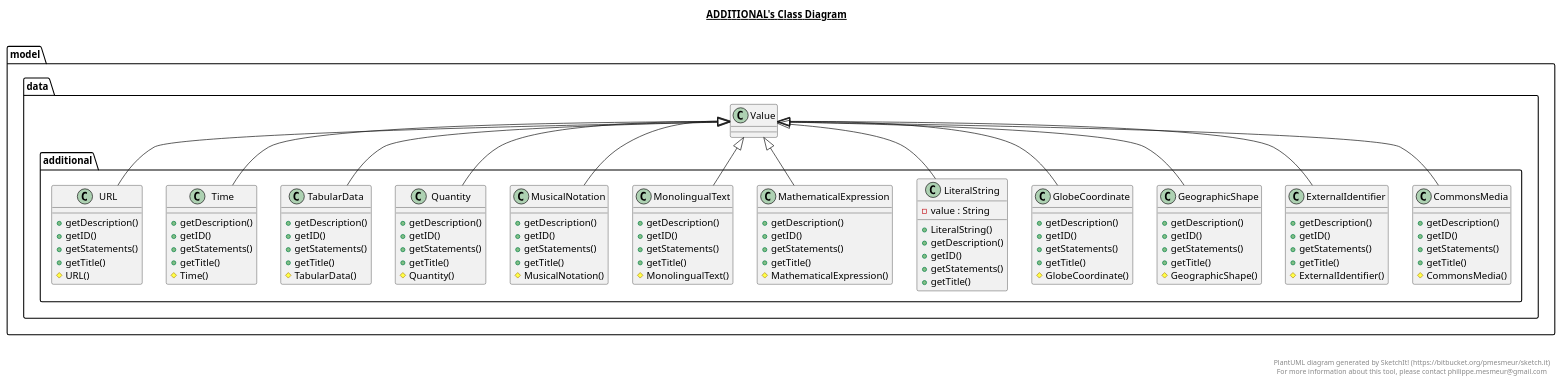
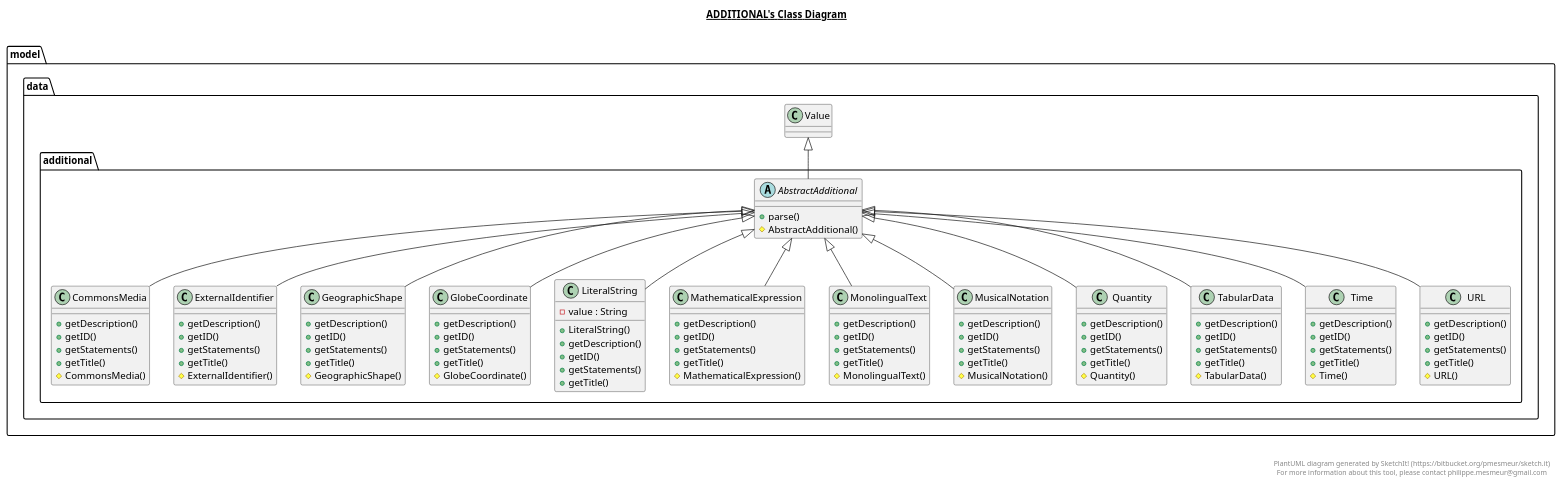
The diagram in src/main/model/data/additional/additional.plantuml (Bryce-MW/WikidataExplorer), drawn with PlantUML before and after one commit. The commit also changed 6 other files, not shown here.

Commit message:
Updated UML diagrams. There are a lot of circular dependencies!

```diff
--- a/src/main/model/data/additional/additional.plantuml
+++ b/src/main/model/data/additional/additional.plantuml
@@ -1,183 +1,194 @@
 @startuml
 
 title __ADDITIONAL's Class Diagram__\n
+
+  namespace model.data {
+    namespace additional {
+      abstract class model.data.additional.AbstractAdditional {
+          + parse()
+          # AbstractAdditional()
+      }
+    }
+  }
+  
 
   namespace model.data {
     namespace additional {
       class model.data.additional.CommonsMedia {
           + getDescription()
           + getID()
           + getStatements()
           + getTitle()
           # CommonsMedia()
       }
     }
   }
   
 
   namespace model.data {
     namespace additional {
       class model.data.additional.ExternalIdentifier {
           + getDescription()
           + getID()
           + getStatements()
           + getTitle()
           # ExternalIdentifier()
       }
     }
   }
   
 
   namespace model.data {
     namespace additional {
       class model.data.additional.GeographicShape {
           + getDescription()
           + getID()
           + getStatements()
           + getTitle()
           # GeographicShape()
       }
     }
   }
   
 
   namespace model.data {
     namespace additional {
       class model.data.additional.GlobeCoordinate {
           + getDescription()
           + getID()
           + getStatements()
           + getTitle()
           # GlobeCoordinate()
       }
     }
   }
   
 
   namespace model.data {
     namespace additional {
       class model.data.additional.LiteralString {
           - value : String
           + LiteralString()
           + getDescription()
           + getID()
           + getStatements()
           + getTitle()
       }
     }
   }
   
 
   namespace model.data {
     namespace additional {
       class model.data.additional.MathematicalExpression {
           + getDescription()
           + getID()
           + getStatements()
           + getTitle()
           # MathematicalExpression()
       }
     }
   }
   
 
   namespace model.data {
     namespace additional {
       class model.data.additional.MonolingualText {
           + getDescription()
           + getID()
           + getStatements()
           + getTitle()
           # MonolingualText()
       }
     }
   }
   
 
   namespace model.data {
     namespace additional {
       class model.data.additional.MusicalNotation {
           + getDescription()
           + getID()
           + getStatements()
           + getTitle()
           # MusicalNotation()
       }
     }
   }
   
 
   namespace model.data {
     namespace additional {
       class model.data.additional.Quantity {
           + getDescription()
           + getID()
           + getStatements()
           + getTitle()
           # Quantity()
       }
     }
   }
   
 
   namespace model.data {
     namespace additional {
       class model.data.additional.TabularData {
           + getDescription()
           + getID()
           + getStatements()
           + getTitle()
           # TabularData()
       }
     }
   }
   
 
   namespace model.data {
     namespace additional {
       class model.data.additional.Time {
           + getDescription()
           + getID()
           + getStatements()
           + getTitle()
           # Time()
       }
     }
   }
   
 
   namespace model.data {
     namespace additional {
       class model.data.additional.URL {
           + getDescription()
           + getID()
           + getStatements()
           + getTitle()
           # URL()
       }
     }
   }
   
 
-  model.data.additional.CommonsMedia -up-|> model.data.Value
-  model.data.additional.ExternalIdentifier -up-|> model.data.Value
-  model.data.additional.GeographicShape -up-|> model.data.Value
-  model.data.additional.GlobeCoordinate -up-|> model.data.Value
-  model.data.additional.LiteralString -up-|> model.data.Value
-  model.data.additional.MathematicalExpression -up-|> model.data.Value
-  model.data.additional.MonolingualText -up-|> model.data.Value
-  model.data.additional.MusicalNotation -up-|> model.data.Value
-  model.data.additional.Quantity -up-|> model.data.Value
-  model.data.additional.TabularData -up-|> model.data.Value
-  model.data.additional.Time -up-|> model.data.Value
-  model.data.additional.URL -up-|> model.data.Value
+  model.data.additional.AbstractAdditional -up-|> model.data.Value
+  model.data.additional.CommonsMedia -up-|> model.data.additional.AbstractAdditional
+  model.data.additional.ExternalIdentifier -up-|> model.data.additional.AbstractAdditional
+  model.data.additional.GeographicShape -up-|> model.data.additional.AbstractAdditional
+  model.data.additional.GlobeCoordinate -up-|> model.data.additional.AbstractAdditional
+  model.data.additional.LiteralString -up-|> model.data.additional.AbstractAdditional
+  model.data.additional.MathematicalExpression -up-|> model.data.additional.AbstractAdditional
+  model.data.additional.MonolingualText -up-|> model.data.additional.AbstractAdditional
+  model.data.additional.MusicalNotation -up-|> model.data.additional.AbstractAdditional
+  model.data.additional.Quantity -up-|> model.data.additional.AbstractAdditional
+  model.data.additional.TabularData -up-|> model.data.additional.AbstractAdditional
+  model.data.additional.Time -up-|> model.data.additional.AbstractAdditional
+  model.data.additional.URL -up-|> model.data.additional.AbstractAdditional
 
 
 right footer
 
 
 PlantUML diagram generated by SketchIt! (https://bitbucket.org/pmesmeur/sketch.it)
 For more information about this tool, please contact philippe.mesmeur@gmail.com
 endfooter
 
 @enduml
```
